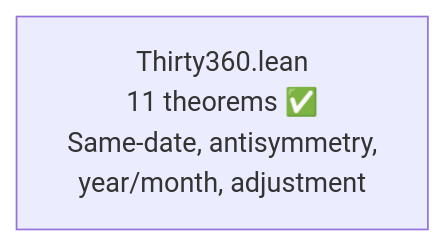
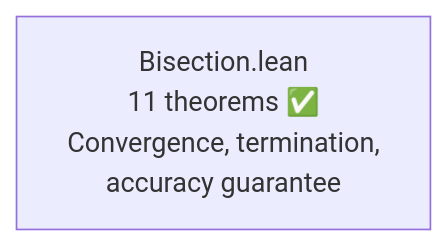
The seventh of 11 diagrams in formal-verification/REPORT.md (dsyme/QuantLib), drawn with Mermaid before and after one commit. The commit also changed other lines of this file, not shown here.

First line of the commit message:
feat(fv): update project report to 87 proved theorems across 7 targets

````diff
--- a/formal-verification/REPORT.md
+++ b/formal-verification/REPORT.md
@@ -120,4 +130,4 @@
 ```mermaid
 graph LR
-    F4["Thirty360.lean<br/>11 theorems ✅<br/>Same-date, antisymmetry,<br/>year/month, adjustment"]
+    F7["Bisection.lean<br/>11 theorems ✅<br/>Convergence, termination,<br/>accuracy guarantee"]
 ```
````
